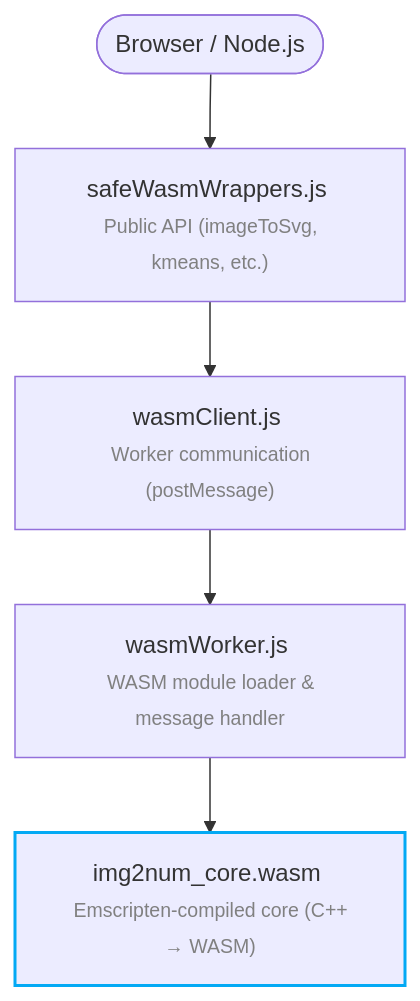
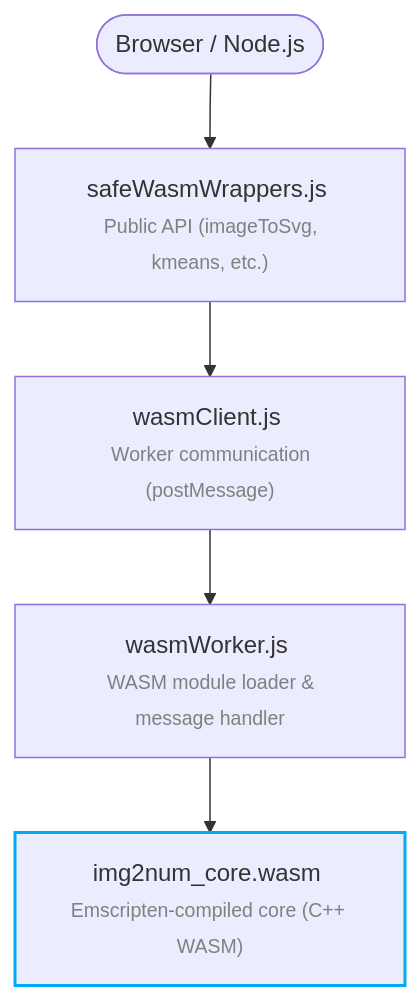
Before and after one commit to Ryan-Millard/Img2Num: the diagram in docs/docs/js/docs/index.md, drawn with Mermaid. The commit also changed other lines of this file and 17 other files, not shown here.

````diff
--- a/docs/docs/js/docs/index.md
+++ b/docs/docs/js/docs/index.md
@@ -7,15 +9,15 @@
 ```mermaid
 graph TD
 A([Browser / Node.js]) --> B
 B["safeWasmWrappers.js <br> <font size=2 color=gray>Public API (imageToSvg, kmeans, etc.)</font>"]
 C["wasmClient.js <br> <font size=2 color=gray>Worker communication (postMessage)</font>"]
 D["wasmWorker.js <br> <font size=2 color=gray>WASM module loader & message handler</font>"]
-E["img2num_core.wasm <br> <font size=2 color=gray>Emscripten-compiled core (C++ → WASM)</font>"]
+E["img2num_core.wasm <br> <font size=2 color=gray>Emscripten-compiled core (C++ <MoveRight size={15} /> WASM)</font>"]
 
 B --> C
 C --> D
 D --> E
 
 %% Accent the WASM core binary box
 style E stroke:#03a9f4,stroke-width:2px
 ```
````
